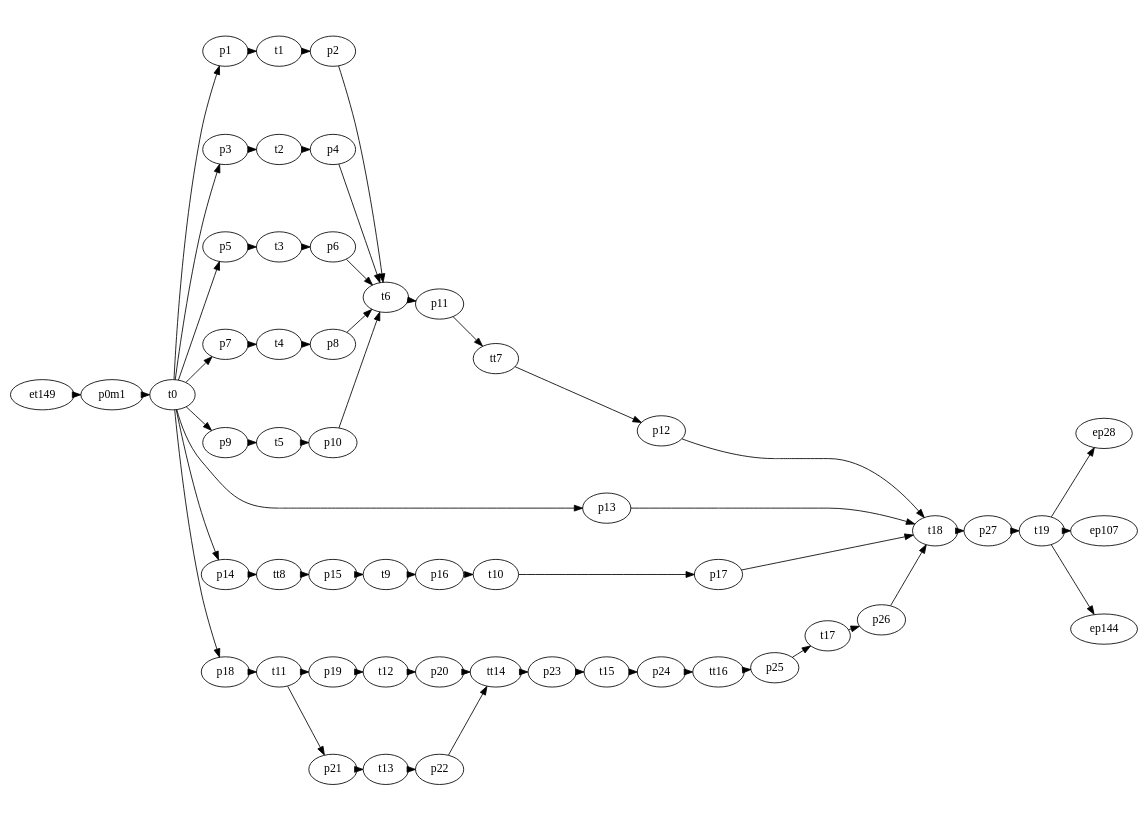
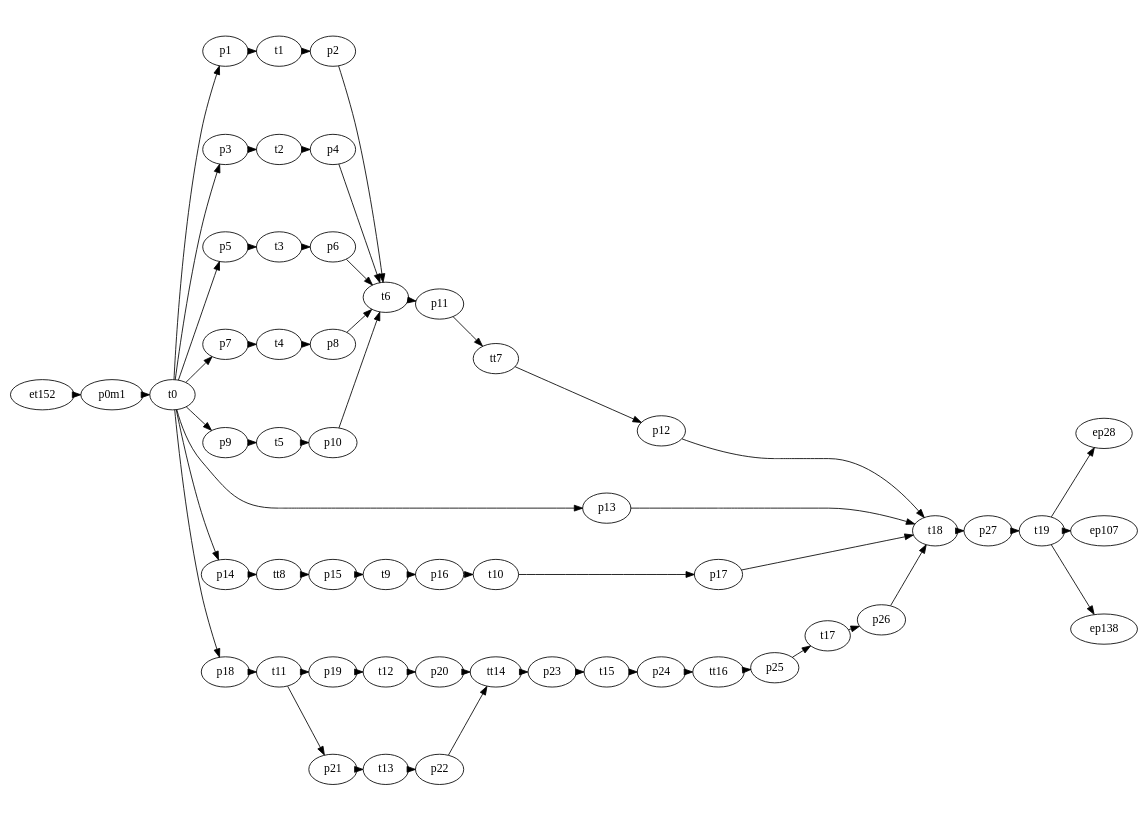
One commit to Accacio/docsTCC changed the diagram in figures/petriNets/dot/1-initialization/initial.dot. Above: the diagram before and after it, drawn with Graphviz. The commit also changed 3 other files, not shown here.

```diff
--- a/figures/petriNets/dot/1-initialization/initial.dot
+++ b/figures/petriNets/dot/1-initialization/initial.dot
@@ -1,149 +1,149 @@
 digraph A {
     # splines = ortho
     rankdir=LR;
     ratio=fill
     graph [pad="0.01", nodesep="0.1", ranksep="0.01"];
     size="11.7,8.3!";
     margin=0;
        
        
 
 
 {rank =same; }
 
 # Modulo inicialização
 
     p0m1
     p1
     p2
     p3
     p4
     p5
     p6
     p7
     p8
     p9
     p10
     p11
     p12
     p13
     p14
     p15
     p16
     p17
     p18
     p19
     p20
     p21
     p22
     p23
     p24
     p25
     p26
     p27
 
     t0
     t1
     t2
     t3
     t4
     t5
     t6
     tt7
     tt8
     t9
     t10
     t11
     t12
     t13
     tt14
     t15
     tt16
     t17
     t18
     t19
 
 # subgraph cluster_1 {
 #   # label="Initialization";
 #   labelloc = b
 #   style="dashed"
 #   color="red"
 #   # pre
 
   p0m1 -> t0
 
   p1 -> t1
   p2 -> t6
   p3 -> t2
   p4 -> t6
   p5 -> t3
   p6 -> t6
   p7 -> t4
   p8 -> t6
   p9 -> t5
   p10 -> t6
   p11 -> tt7
   p12 -> t18
 
   p13 -> t18
 
   p14 -> tt8
   p15 -> t9
   p16 -> t10
   p17 -> t18
 
   p18 -> t11
   p19 -> t12
   p20 -> tt14
   p21 -> t13
   p22 -> tt14
   p23 -> t15
   p24 -> tt16
   p25 -> t17
   p26 -> t18
   p27 -> t19
 # pos
 
   t0 -> p1
   t0 -> p3
   t0 -> p5
   t0 -> p7
   t0 -> p9
   t0 -> p13
   t0 -> p14
   t0 -> p18
 
   t1 -> p2
   t2 -> p4
   t3 -> p6
   t4 -> p8
   t5 -> p10
   t6 -> p11
   tt7 -> p12
 
   tt8 -> p15
   t9 -> p16
   t10 -> p17
 
   t11 -> p19
   t11 -> p21
   t12 -> p20
   t13 -> p22
   tt14 -> p23
   t15 -> p24
   tt16 -> p25
   t17 -> p26
   t18 -> p27
 
 # }
 ep28
 ep107
-ep144
-et149
+ep138
+et152
 
 
 t19 -> ep28
 t19 -> ep107
-t19 -> ep144
-et149 -> p0m1
+t19 -> ep138
+et152 -> p0m1
 }
```
